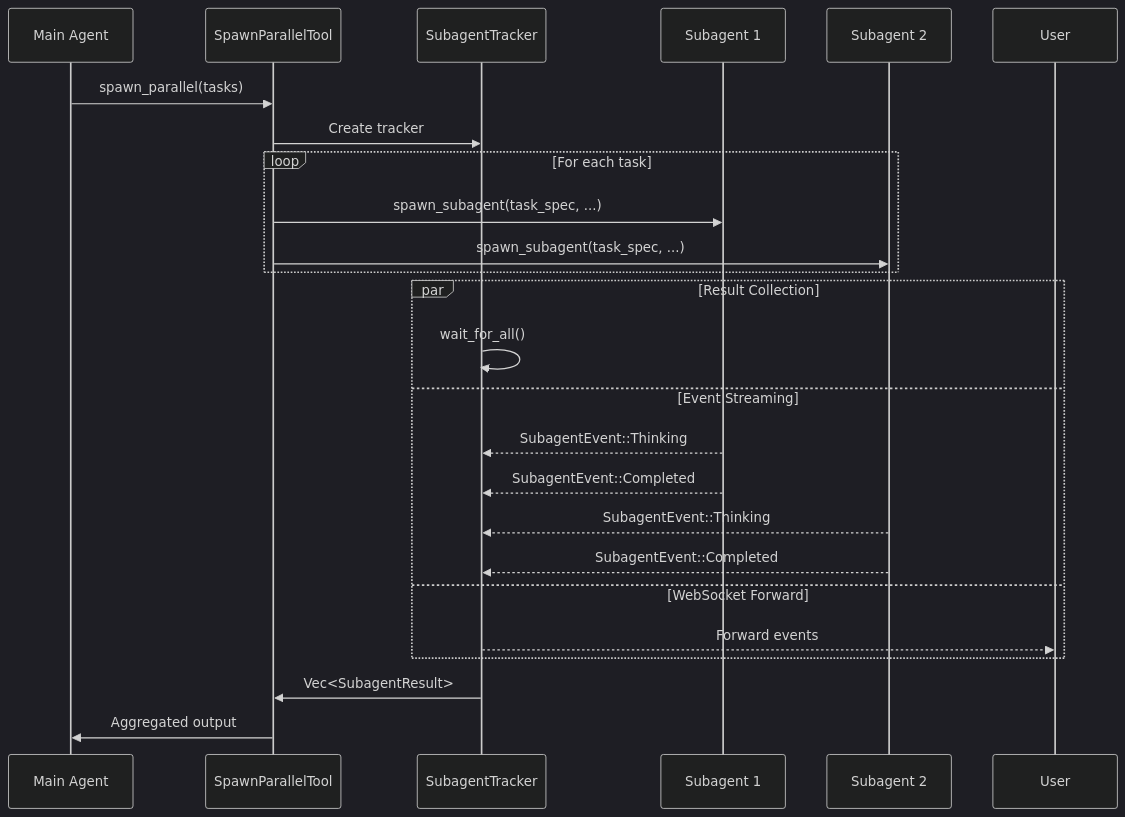
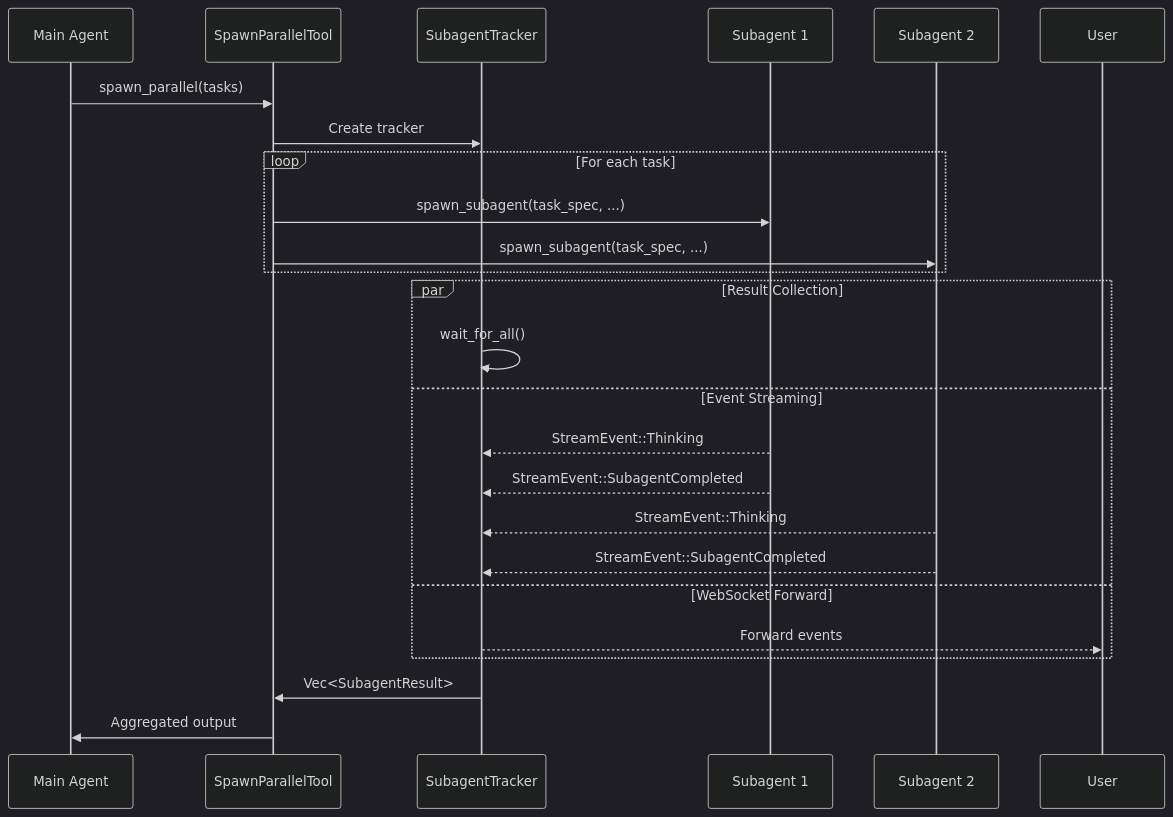
The fourth of 8 diagrams in docs/subagents-en.md (yeheng/nanobot-rs), drawn with Mermaid (dark theme) before and after one commit. The commit also changed other lines of this file and 35 other files, not shown here.

````diff
--- a/docs/subagents-en.md
+++ b/docs/subagents-en.md
@@ -131,31 +131,31 @@
 ```mermaid
 sequenceDiagram
     participant Main as Main Agent
     participant Spawner as SpawnParallelTool
     participant Tracker as SubagentTracker
     participant S1 as Subagent 1
     participant S2 as Subagent 2
     participant User
     
     Main->>Spawner: spawn_parallel(tasks)
     Spawner->>Tracker: Create tracker
     
     loop For each task
         Spawner->>S1: spawn_subagent(task_spec, ...)
         Spawner->>S2: spawn_subagent(task_spec, ...)
     end
     
     par Result Collection
         Tracker->>Tracker: wait_for_all()
     and Event Streaming
-        S1-->>Tracker: SubagentEvent::Thinking
-        S1-->>Tracker: SubagentEvent::Completed
-        S2-->>Tracker: SubagentEvent::Thinking
-        S2-->>Tracker: SubagentEvent::Completed
+        S1-->>Tracker: StreamEvent::Thinking
+        S1-->>Tracker: StreamEvent::SubagentCompleted
+        S2-->>Tracker: StreamEvent::Thinking
+        S2-->>Tracker: StreamEvent::SubagentCompleted
     and WebSocket Forward
         Tracker-->>User: Forward events
     end
     
     Tracker->>Spawner: Vec<SubagentResult>
     Spawner->>Main: Aggregated output
 ```
````
